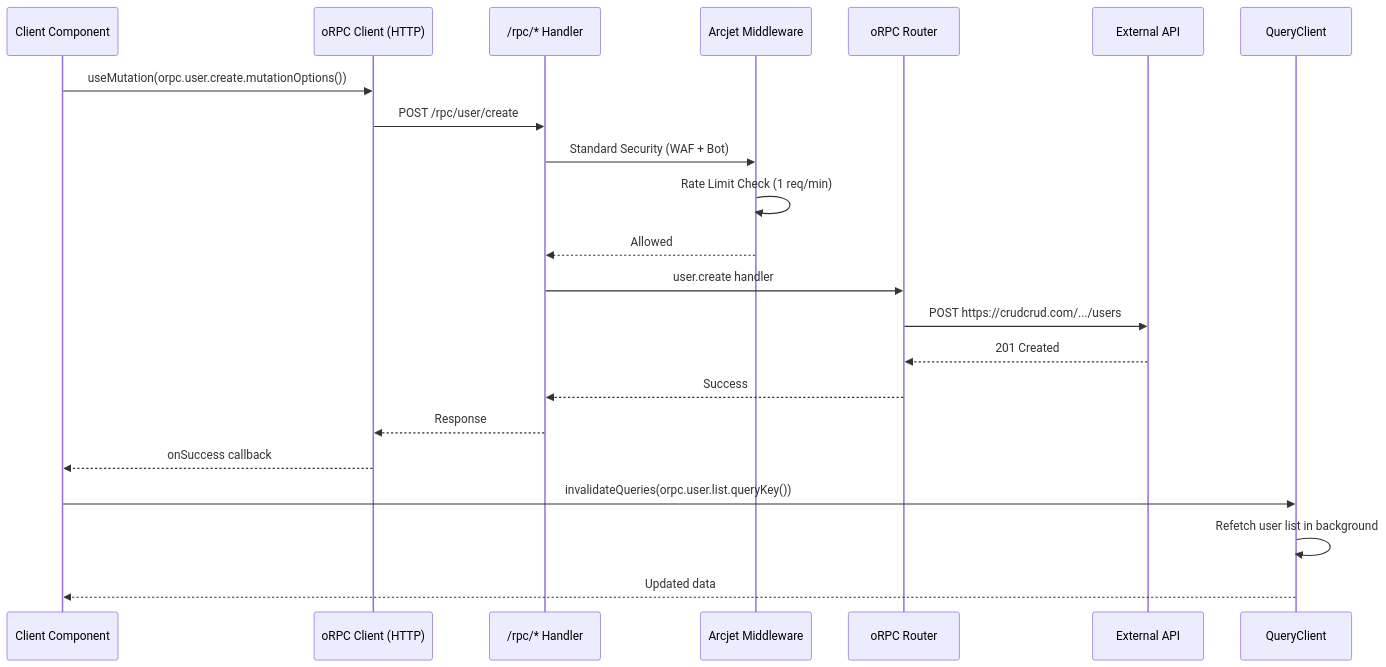
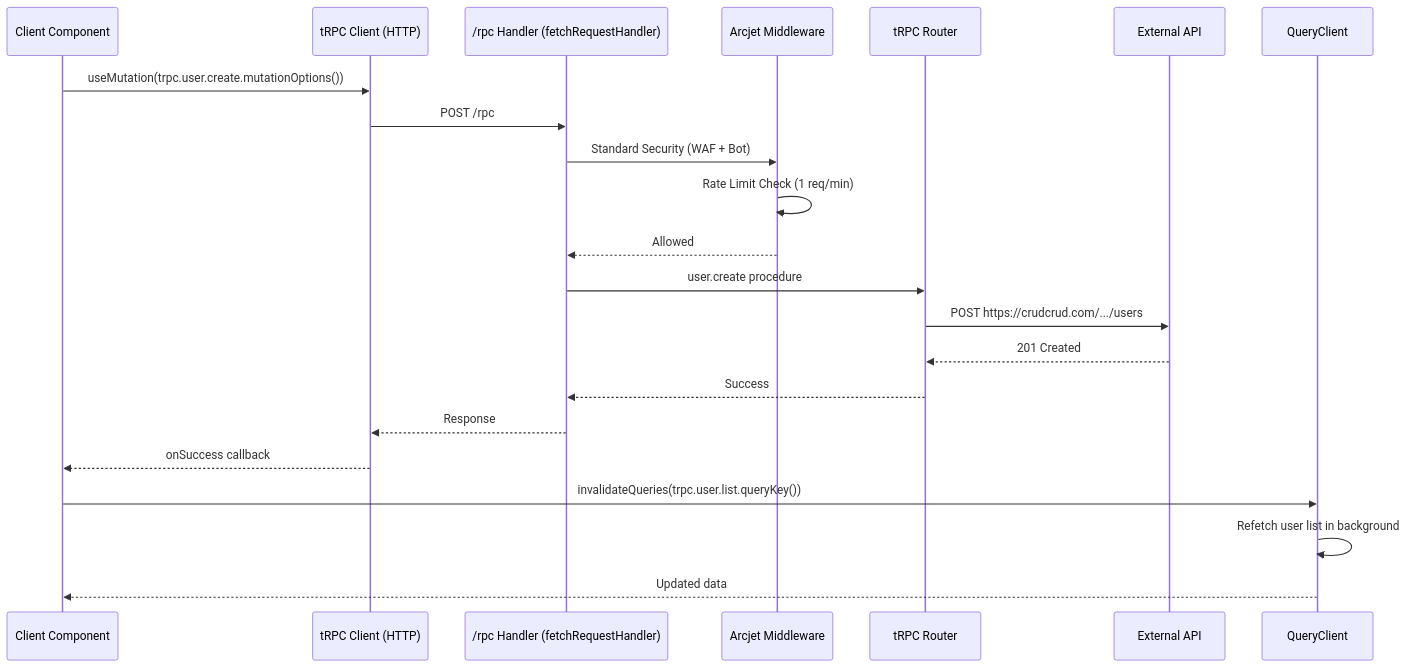
One commit to flyingheart1997/antaris-demo changed the second of 6 diagrams in docs/architecture/data-flow.md. Above: the diagram before and after it, drawn with Mermaid. The commit also changed other lines of this file and 57 other files, not shown here.

Commit message:
improve project architecture

````diff
--- a/docs/architecture/data-flow.md
+++ b/docs/architecture/data-flow.md
@@ -45,25 +45,25 @@
 ```mermaid
 sequenceDiagram
     participant UI as Client Component
-    participant OClient as oRPC Client (HTTP)
-    participant RPC as /rpc/* Handler
+    participant TClient as tRPC Client (HTTP)
+    participant RPC as /rpc Handler (fetchRequestHandler)
     participant MW as Arcjet Middleware
-    participant Router as oRPC Router
+    participant Router as tRPC Router
     participant API as External API
     participant QC as QueryClient
 
-    UI->>OClient: useMutation(orpc.user.create.mutationOptions())
-    OClient->>RPC: POST /rpc/user/create
+    UI->>TClient: useMutation(trpc.user.create.mutationOptions())
+    TClient->>RPC: POST /rpc
     RPC->>MW: Standard Security (WAF + Bot)
     MW->>MW: Rate Limit Check (1 req/min)
     MW-->>RPC: Allowed
-    RPC->>Router: user.create handler
+    RPC->>Router: user.create procedure
     Router->>API: POST https://crudcrud.com/.../users
     API-->>Router: 201 Created
     Router-->>RPC: Success
-    RPC-->>OClient: Response
-    OClient-->>UI: onSuccess callback
-    UI->>QC: invalidateQueries(orpc.user.list.queryKey())
+    RPC-->>TClient: Response
+    TClient-->>UI: onSuccess callback
+    UI->>QC: invalidateQueries(trpc.user.list.queryKey())
     QC->>QC: Refetch user list in background
     QC-->>UI: Updated data
 ```
````
